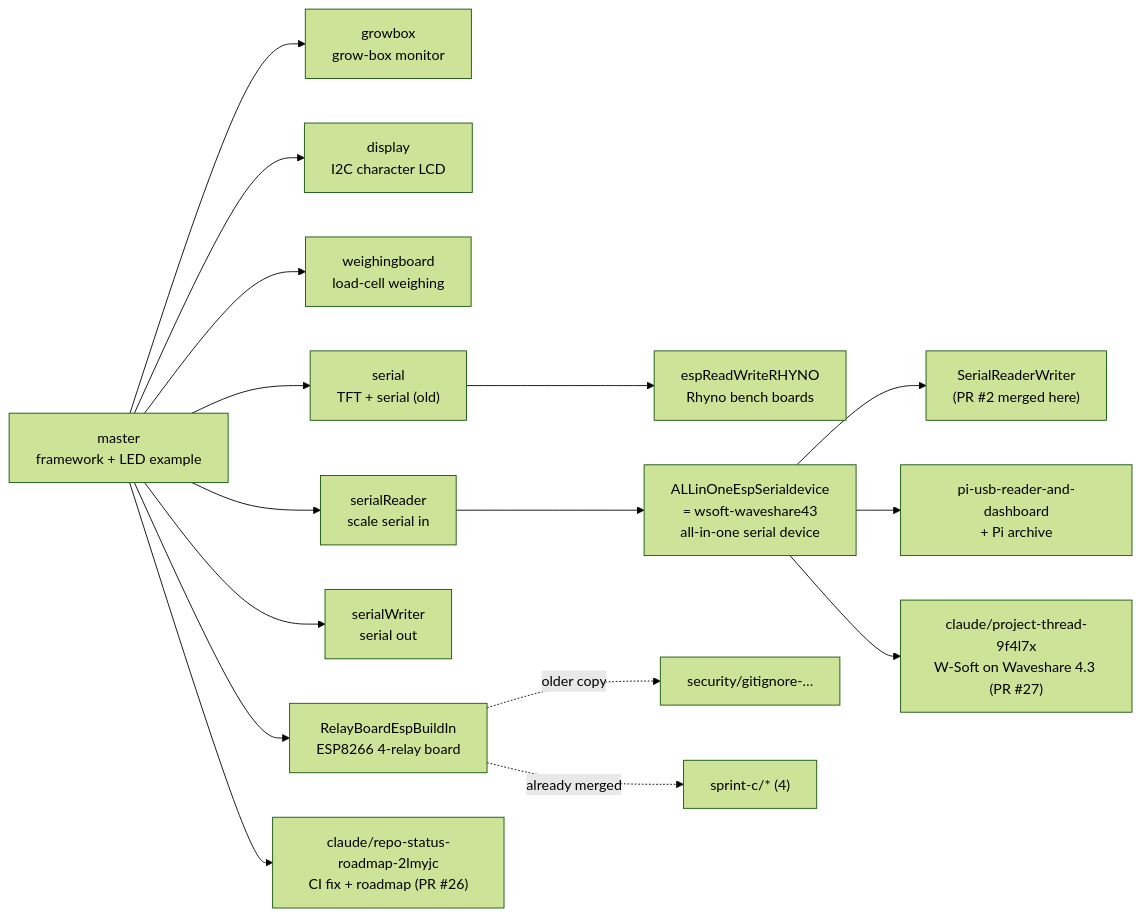
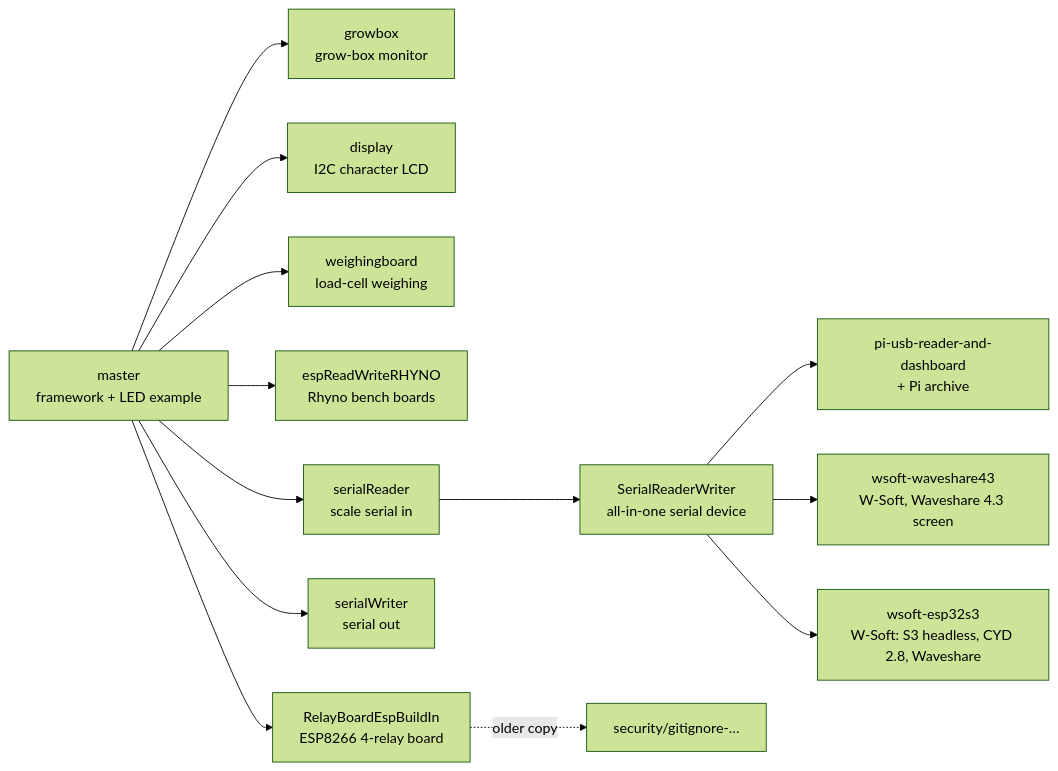
Before and after one commit to Kruger-Web-Solutions/Weighsoft.Hardware.Base: the diagram in docs/BRANCH-MAP.md, drawn with Mermaid (forest theme). The commit also changed other lines of this file and 1 other file, not shown here.

Commit message:
docs: wsoft-esp32s3 is the W-Soft main line; branch map from 18 Nov

````diff
--- a/docs/BRANCH-MAP.md
+++ b/docs/BRANCH-MAP.md
@@ -14,19 +13,16 @@
 ```mermaid
 flowchart LR
   master["master<br/>framework + LED example"]
   master --> growbox["growbox<br/>grow-box monitor"]
   master --> display["display<br/>I2C character LCD"]
   master --> weighing["weighingboard<br/>load-cell weighing"]
-  master --> serial["serial<br/>TFT + serial (old)"]
-  serial --> rhyno["espReadWriteRHYNO<br/>Rhyno bench boards"]
+  master --> rhyno["espReadWriteRHYNO<br/>Rhyno bench boards"]
   master --> sreader["serialReader<br/>scale serial in"]
   master --> swriter["serialWriter<br/>serial out"]
-  sreader --> allinone["ALLinOneEspSerialdevice<br/>= wsoft-waveshare43<br/>all-in-one serial device"]
-  allinone --> srw["SerialReaderWriter<br/>(PR #2 merged here)"]
-  allinone --> pi["pi-usb-reader-and-dashboard<br/>+ Pi archive"]
-  allinone --> wsoft["claude/project-thread-9f4l7x<br/>W-Soft on Waveshare 4.3 (PR #27)"]
+  sreader --> srw["SerialReaderWriter<br/>all-in-one serial device"]
+  srw --> pi["pi-usb-reader-and-dashboard<br/>+ Pi archive"]
+  srw --> ws43["wsoft-waveshare43<br/>W-Soft, Waveshare 4.3 screen"]
+  srw --> s3["wsoft-esp32s3<br/>W-Soft: S3 headless, CYD 2.8, Waveshare"]
   master --> relay["RelayBoardEspBuildIn<br/>ESP8266 4-relay board"]
   relay -.older copy.-> sec["security/gitignore-…"]
-  relay -.already merged.-> sprintc["sprint-c/* (4)"]
-  master --> roadmap["claude/repo-status-roadmap-2lmyjc<br/>CI fix + roadmap (PR #26)"]
 ```
````
